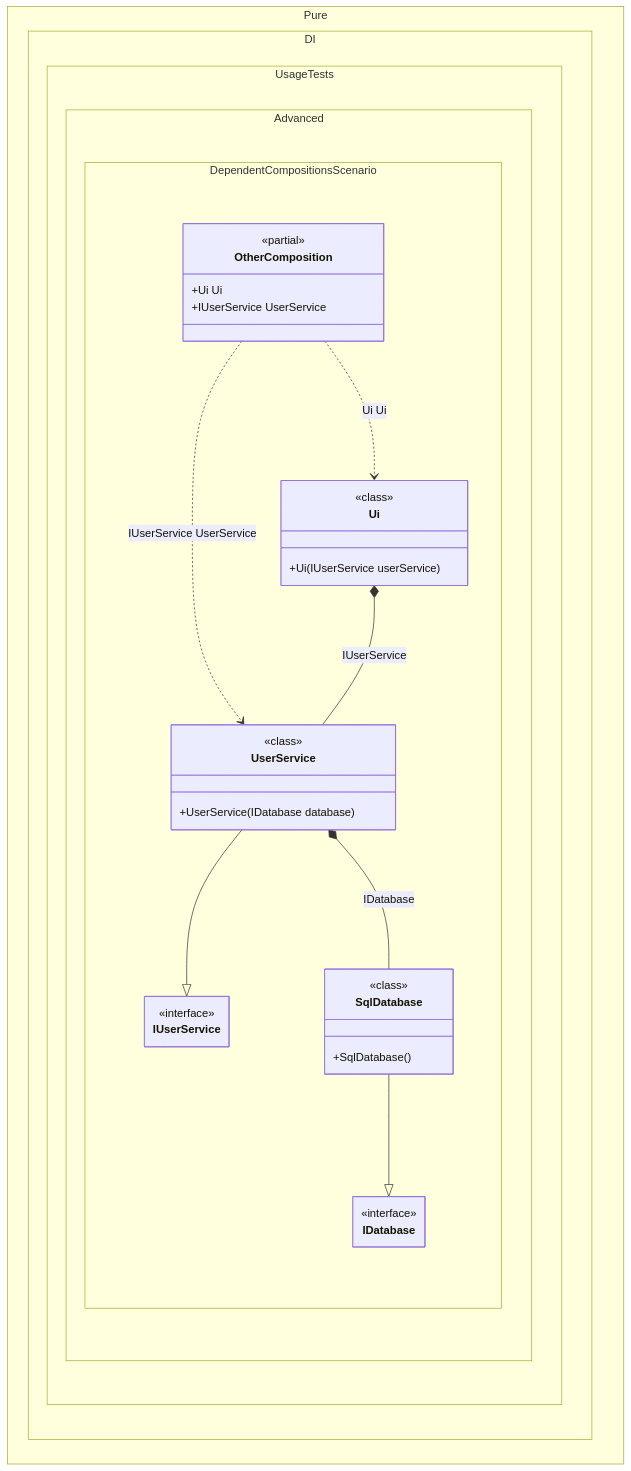
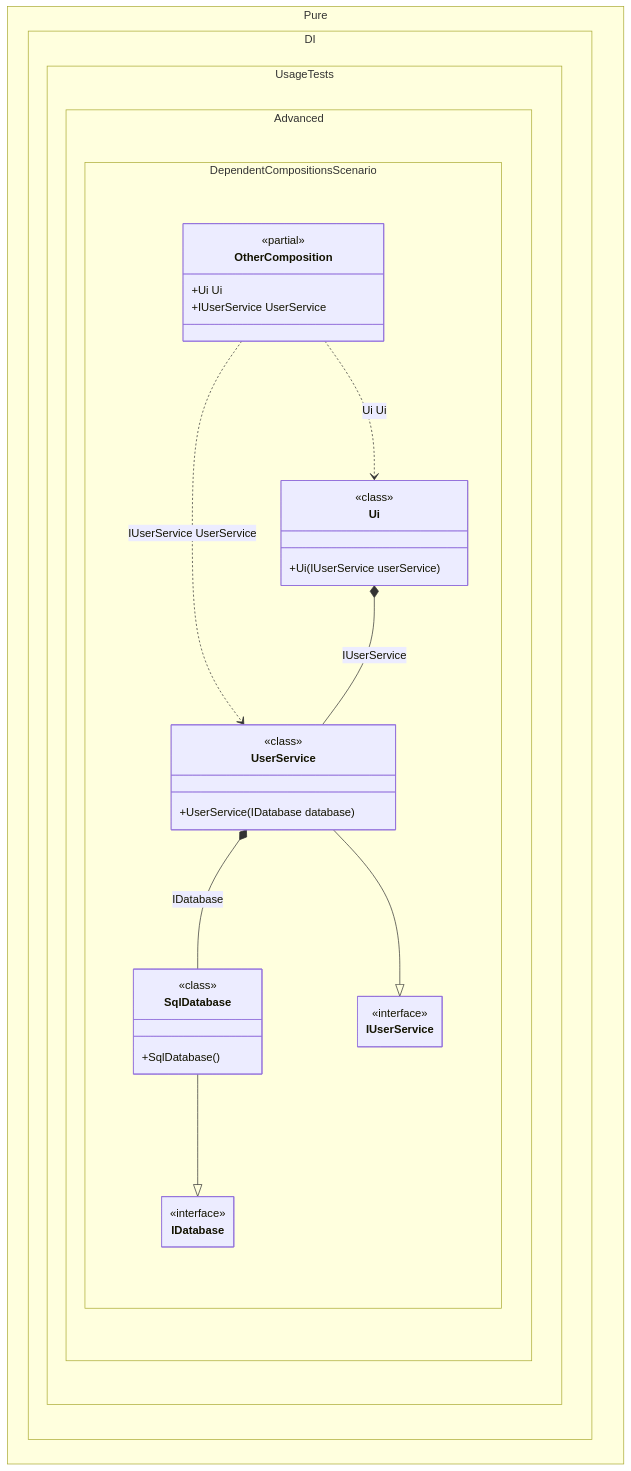
One commit to DevTeam/Pure.DI changed the diagram in readme/dependent-compositions.md. Above: the diagram before and after it, drawn with Mermaid. The commit also changed other lines of this file and 383 other files, not shown here.

````diff
--- a/readme/dependent-compositions.md
+++ b/readme/dependent-compositions.md
@@ -132,39 +133,39 @@
 ```mermaid
 ---
  config:
   class:
    hideEmptyMembersBox: true
 ---
 classDiagram
+	SqlDatabase --|> IDatabase
 	UserService --|> IUserService
-	SqlDatabase --|> IDatabase
 	OtherComposition ..> Ui : Ui Ui
 	OtherComposition ..> UserService : IUserService UserService
 	UserService *-- SqlDatabase : IDatabase
 	Ui *-- UserService : IUserService
 	namespace Pure.DI.UsageTests.Advanced.DependentCompositionsScenario {
 		class IDatabase {
 			<<interface>>
 		}
 		class IUserService {
 			<<interface>>
 		}
 		class OtherComposition {
 		<<partial>>
 		+Ui Ui
 		+IUserService UserService
 		}
 		class SqlDatabase {
 				<<class>>
 			+SqlDatabase()
 		}
 		class Ui {
 				<<class>>
 			+Ui(IUserService userService)
 		}
 		class UserService {
 				<<class>>
 			+UserService(IDatabase database)
 		}
 	}
 ```
````
